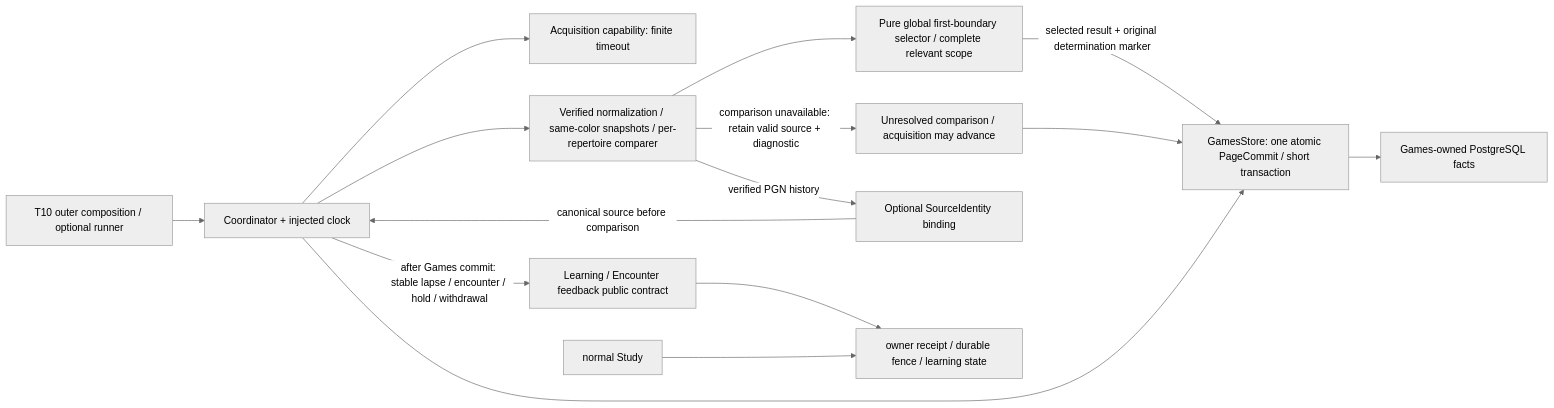
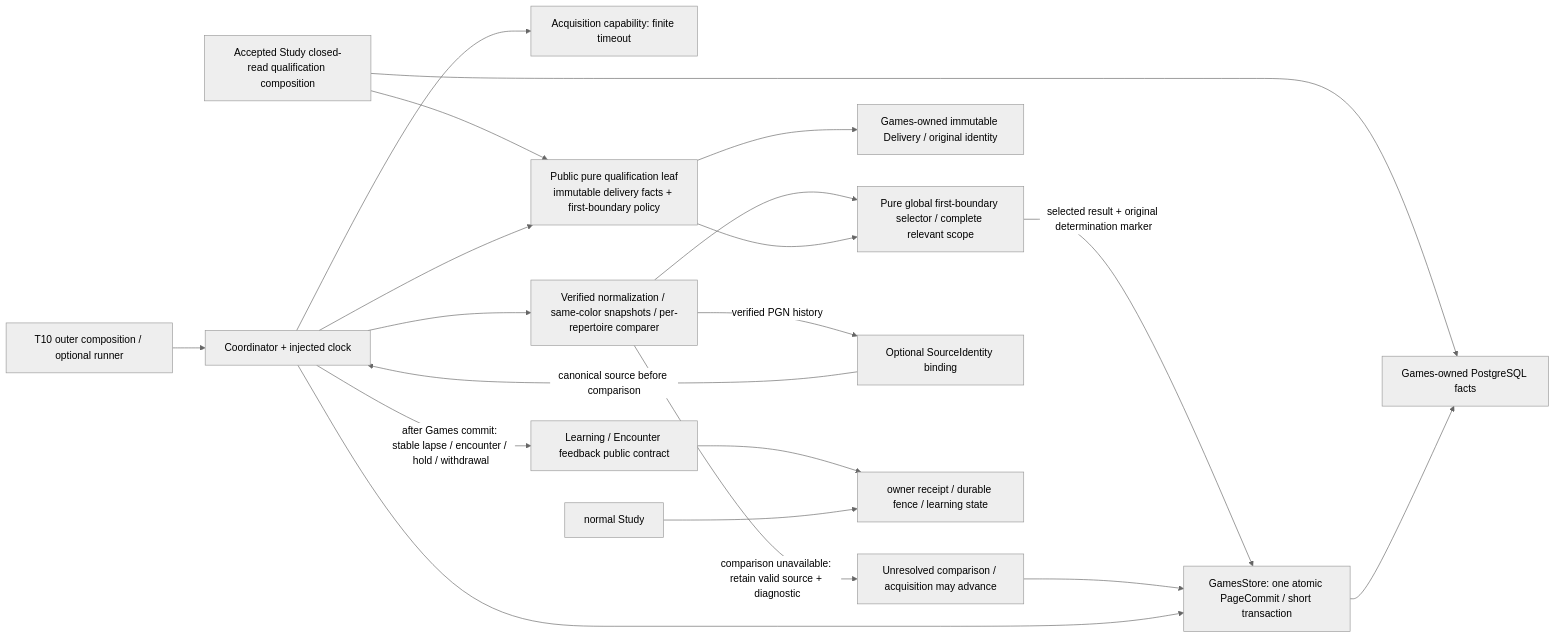
The second of 6 diagrams in backend/app/games/feedback/README.md (aaweaver-actuary/tempo), drawn with Mermaid (neutral theme) before and after one commit. The commit also changed other lines of this file and 8 other files, not shown here.

First line of the commit message:
Keep accepted Study qualification independent of Games producer imports

````diff
--- a/backend/app/games/feedback/README.md
+++ b/backend/app/games/feedback/README.md
@@ -131,17 +131,22 @@
 ```mermaid
 flowchart LR
   Runtime["T10 outer composition / optional runner"] --> C["Coordinator + injected clock"]
   C --> Provider["Acquisition capability: finite timeout"]
   C --> Pure["Verified normalization / same-color snapshots / per-repertoire comparer"]
   Pure --> First["Pure global first-boundary selector / complete relevant scope"]
+  StudyPrep["Accepted Study closed-read qualification composition"] --> Qualification["Public pure qualification leaf\nimmutable delivery facts + first-boundary policy"]
+  Qualification --> First
+  Qualification --> Envelope["Games-owned immutable Delivery / original identity"]
+  C --> Qualification
+  StudyPrep --> PG
   First -->|"selected result + original determination marker"| Store
   Pure -->|"comparison unavailable: retain valid source + diagnostic"| Unresolved["Unresolved comparison / acquisition may advance"]
   Unresolved --> Store
   Pure -->|"verified PGN history"| Identity["Optional SourceIdentity binding"]
   Identity -->|"canonical source before comparison"| C
   C --> Store["GamesStore: one atomic PageCommit / short transaction"]
   Store --> PG["Games-owned PostgreSQL facts"]
   C -->|"after Games commit: stable lapse / encounter / hold / withdrawal"| Owner["Learning / Encounter feedback public contract"]
   Owner --> Receipt["owner receipt / durable fence / learning state"]
   Study["normal Study"] --> Receipt
 ```
````
